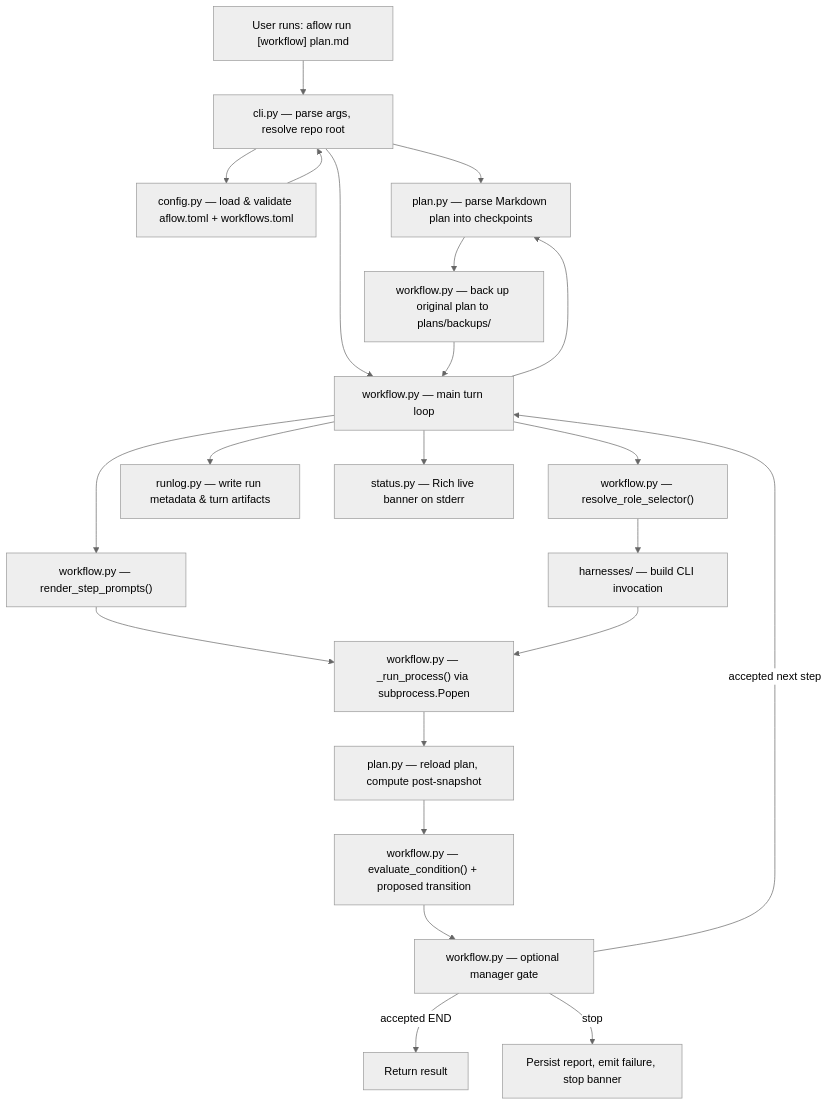
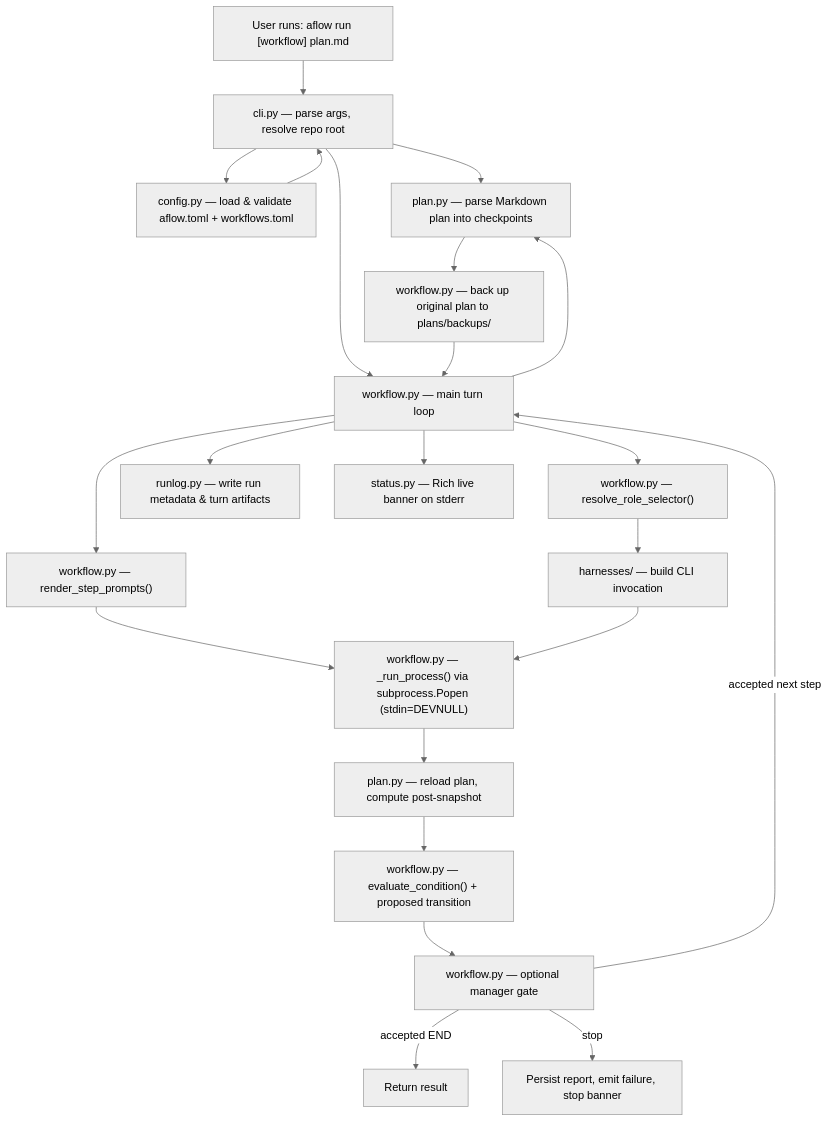
Before and after one commit to evrenesat/aworkflow: the diagram in ARCHITECTURE.md, drawn with Mermaid (neutral theme). The commit also changed other lines of this file and 5 other files, not shown here.

````diff
--- a/ARCHITECTURE.md
+++ b/ARCHITECTURE.md
@@ -7,40 +7,40 @@
 ```mermaid
 flowchart TD
     User["User runs: aflow run [workflow] plan.md"]
     CLI["cli.py — parse args, resolve repo root"]
     Config["config.py — load & validate aflow.toml + workflows.toml"]
     PlanParse["plan.py — parse Markdown plan into checkpoints"]
     Backup["workflow.py — back up original plan to plans/backups/"]
     WorkflowLoop["workflow.py — main turn loop"]
     PromptRender["workflow.py — render_step_prompts()"]
     Role["workflow.py — resolve_role_selector()"]
     Adapter["harnesses/ — build CLI invocation"]
-    Subprocess["workflow.py — _run_process() via subprocess.Popen"]
+    Subprocess["workflow.py — _run_process() via subprocess.Popen (stdin=DEVNULL)"]
     PlanReload["plan.py — reload plan, compute post-snapshot"]
     Transition["workflow.py — evaluate_condition() + proposed transition"]
     Manager["workflow.py — optional manager gate"]
     RunLog["runlog.py — write run metadata & turn artifacts"]
     Banner["status.py — Rich live banner on stderr"]
 
     User --> CLI
     CLI --> Config
     Config --> CLI
     CLI --> PlanParse
     CLI --> WorkflowLoop
     WorkflowLoop --> PlanParse
     PlanParse --> Backup
     Backup --> WorkflowLoop
     WorkflowLoop --> PromptRender
     WorkflowLoop --> Role
     Role --> Adapter
     PromptRender --> Subprocess
     Adapter --> Subprocess
     Subprocess --> PlanReload
     PlanReload --> Transition
     Transition --> Manager
     Manager -->|"accepted next step"| WorkflowLoop
     Manager -->|"accepted END"| Done["Return result"]
     Manager -->|"stop"| Stopped["Persist report, emit failure, stop banner"]
     WorkflowLoop --> RunLog
     WorkflowLoop --> Banner
 ```
````
